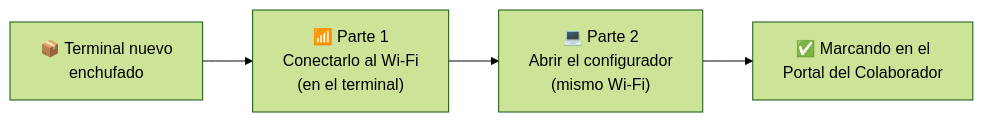
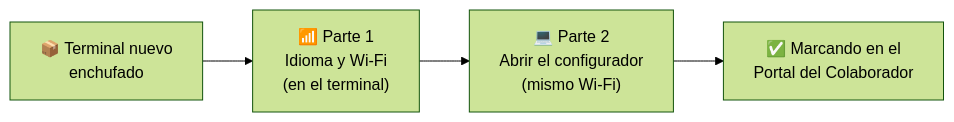
The diagram in README.md (AudisoftSPA/audisoft-configurador-autoupdater), drawn with Mermaid (forest theme) before and after one commit. The commit also changed other lines of this file and 13 other files, not shown here.

Commit message:
README: fotos reales del terminal; idioma primero y luego Wi-Fi

````diff
--- a/README.md
+++ b/README.md
@@ -19,6 +19,6 @@
 ```mermaid
 flowchart LR
-    A["📦 Terminal nuevo<br/>enchufado"] --> B["📶 Parte 1<br/>Conectarlo al Wi-Fi<br/>(en el terminal)"]
+    A["📦 Terminal nuevo<br/>enchufado"] --> B["📶 Parte 1<br/>Idioma y Wi-Fi<br/>(en el terminal)"]
     B --> C["💻 Parte 2<br/>Abrir el configurador<br/>(mismo Wi-Fi)"]
     C --> D["✅ Marcando en el<br/>Portal del Colaborador"]
 ```
````
